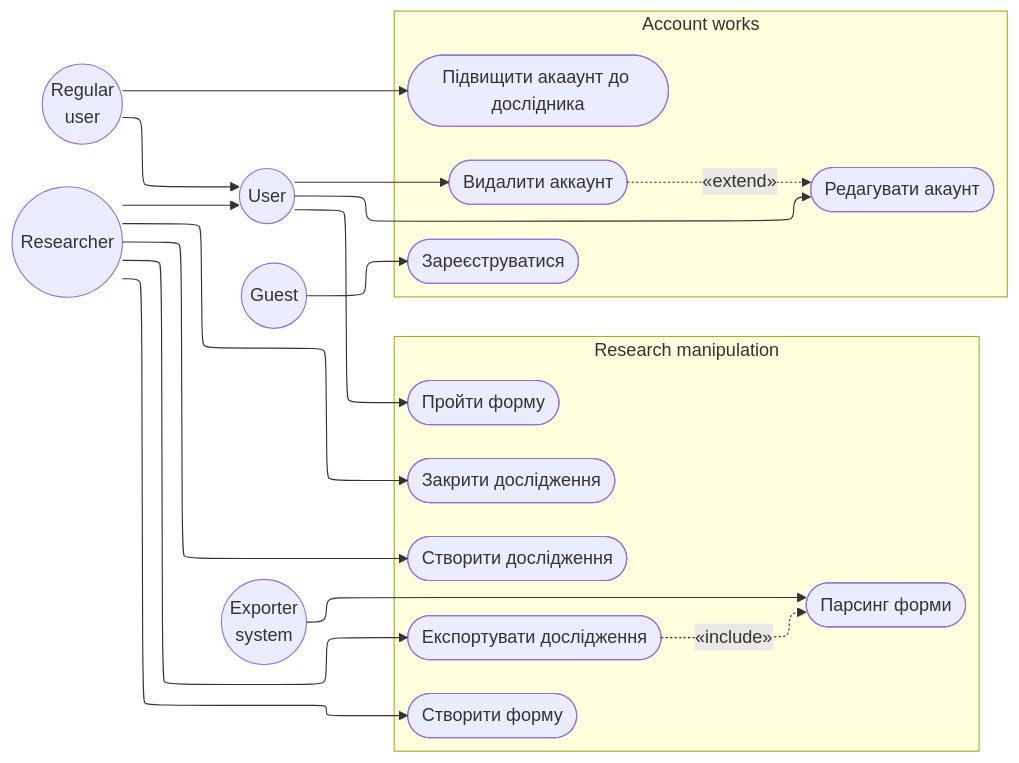
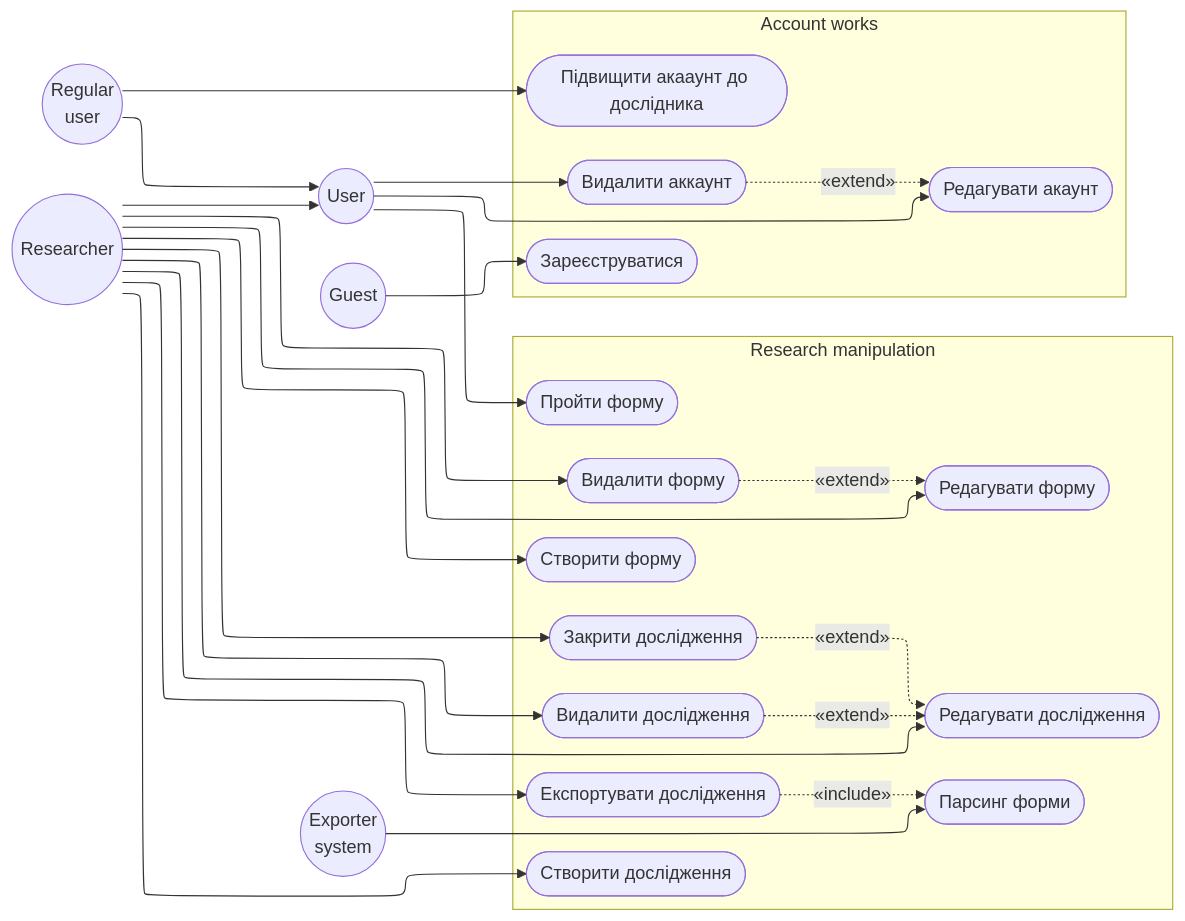
The diagram in Lab2/artifacts/use_case_diagram.mmd (LenivyKrabik/KPI2), drawn with Mermaid before and after one commit. The commit also changed 3 other files, not shown here.

```diff
--- a/Lab2/artifacts/use_case_diagram.mmd
+++ b/Lab2/artifacts/use_case_diagram.mmd
@@ -1,44 +1,55 @@
 flowchart-elk LR
     %%В mermaid немає іконок людей в класах окрім usecase, який не усюди підтримується, кружечки - найбільш схоже, що я зміг знайти
     User((User))
     RegUser((Regular<br/>user))
     Researcher((Researcher))
     Guest((Guest))
     Exporter((Exporter<br/>system))
 
     subgraph Researches [Research manipulation]
         UC3([Створити дослідження])
         UC4([Створити форму])
         UC5([Пройти форму])
         UC6([Експортувати дослідження])
         UC8([Закрити дослідження])
         UC9([Парсинг форми])
+        UC11([Редагувати дослідження])
+        UC12([Редагувати форму])
+        UC13([Видалити дослідження])
+        UC14([Видалити форму])
     end
 
     subgraph Account [Account works]
         UC1([Зареєструватися])
         UC2([Підвищити акааунт до дослідника])
         UC7([Видалити аккаунт])
         UC10([Редагувати акаунт])
     end
 
     %%Actors to action
     Guest --> UC1
     User --> UC5
     User --> UC7
     User --> UC10
     RegUser --> UC2
     Researcher --> UC3
     Researcher --> UC4
     Researcher --> UC6
     Researcher --> UC8
     Exporter --> UC9
+    Researcher --> UC11
+    Researcher --> UC12
+    Researcher --> UC13
+    Researcher --> UC14
 
 
     %%Actors to actors (В mermaids flowchart немає гарної порожньої стрілочки, зжальтесь надімною, I beg you Speed, I need this)
     RegUser --> User
     Researcher --> User
 
     %%Action to action
     UC7 -.->|«extend»| UC10
     UC6 -.->|«include»| UC9
+    UC13 -.->|«extend»| UC11
+    UC14 -.->|«extend»| UC12
+    UC8 -.->|«extend»| UC11
```
